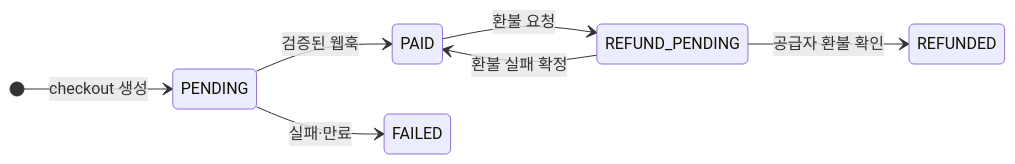
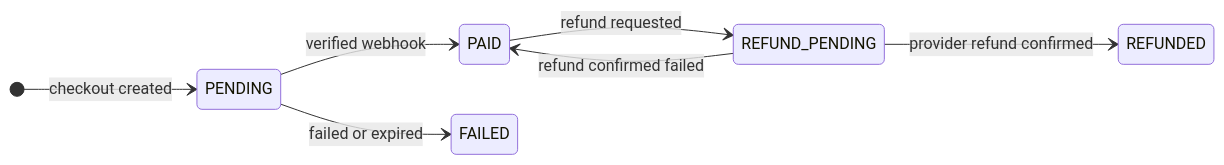
One commit to HoDoo7081/dooho-dev-portfolio changed the diagram in projects/fee-payment-link-mvp/README.md. Above: the diagram before and after it, drawn with Mermaid. The commit also changed other lines of this file and 61 other files, not shown here.

First line of the commit message:
Make the portfolio English-first: translate READMEs, ADRs, PRD and design docs; redraw payment diagrams in English; keep Korean originals

````diff
--- a/projects/fee-payment-link-mvp/README.md
+++ b/projects/fee-payment-link-mvp/README.md
@@ -154,10 +154,10 @@
 ```mermaid
 stateDiagram-v2
   direction LR
-  [*] --> PENDING: checkout 생성
-  PENDING --> PAID: 검증된 웹훅
-  PENDING --> FAILED: 실패·만료
-  PAID --> REFUND_PENDING: 환불 요청
-  REFUND_PENDING --> REFUNDED: 공급자 환불 확인
-  REFUND_PENDING --> PAID: 환불 실패 확정
+  [*] --> PENDING: checkout created
+  PENDING --> PAID: verified webhook
+  PENDING --> FAILED: failed or expired
+  PAID --> REFUND_PENDING: refund requested
+  REFUND_PENDING --> REFUNDED: provider refund confirmed
+  REFUND_PENDING --> PAID: refund confirmed failed
 ```
````
